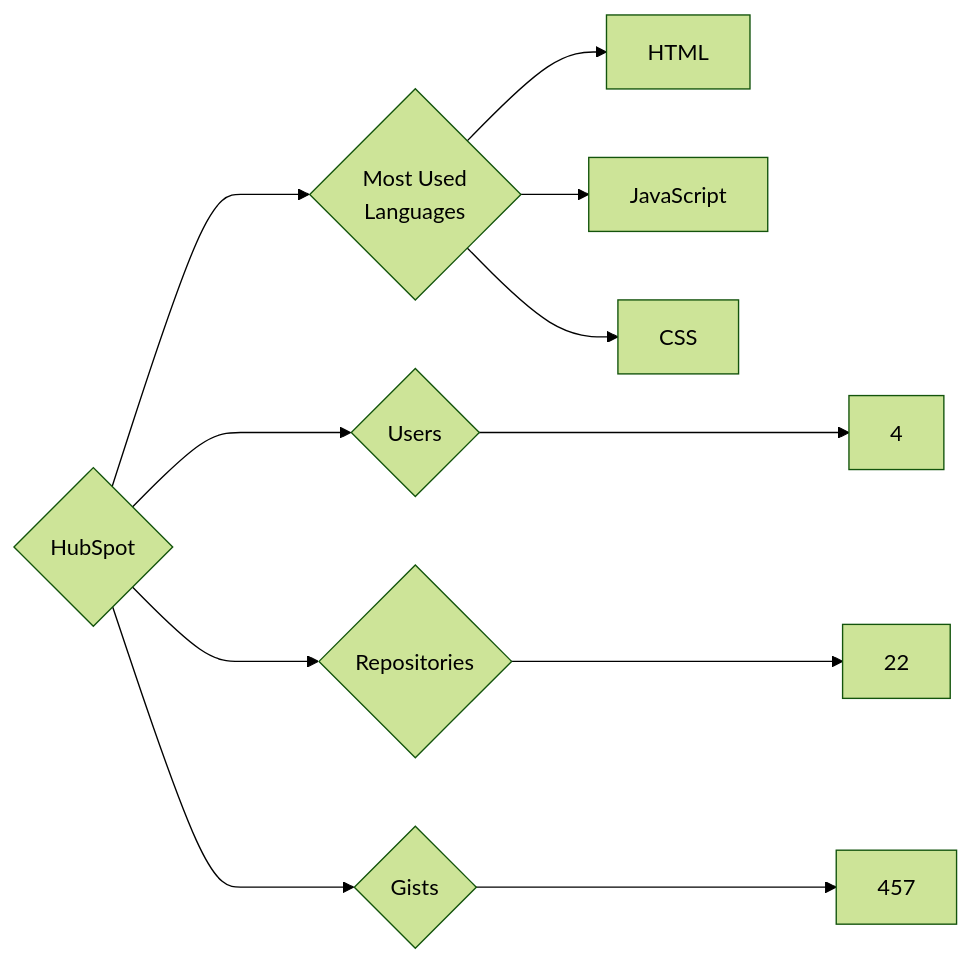
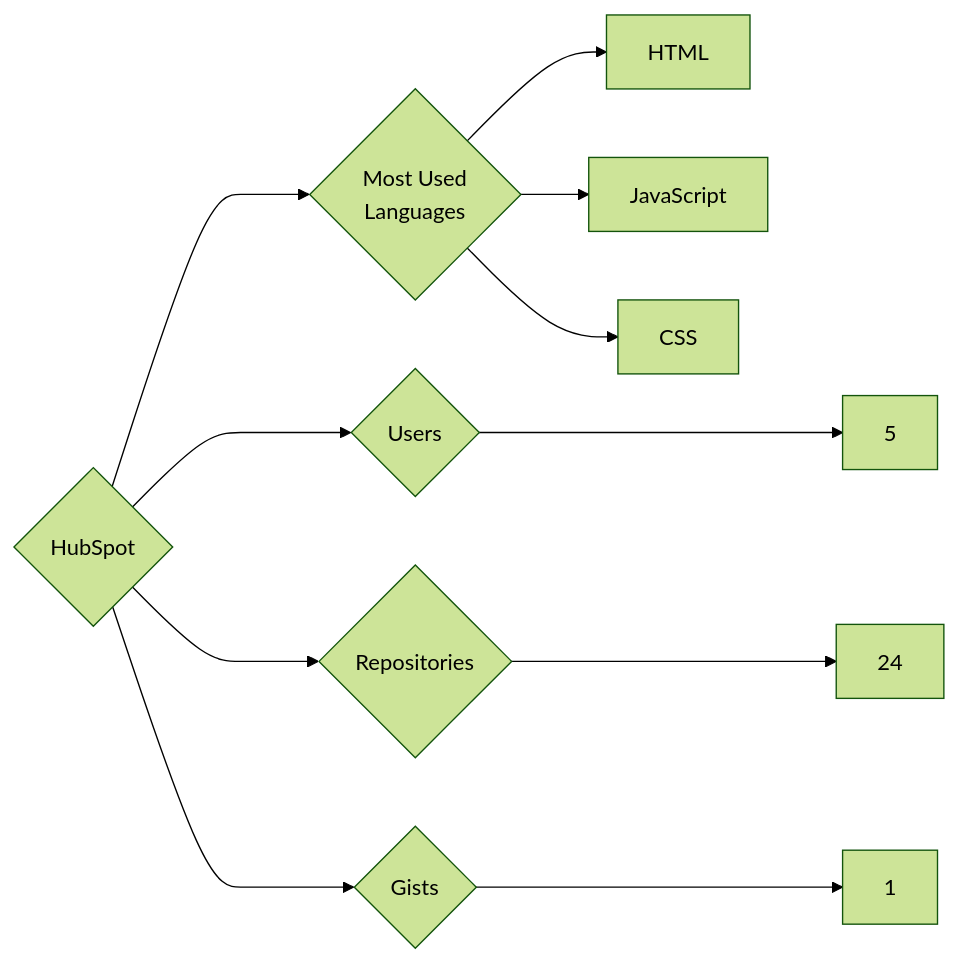
Before and after one commit to trickest/insiders: the diagram in targets/HubSpot/README.md, drawn with Mermaid (forest theme). The commit also changed 997 other files, not shown here.

````diff
--- a/targets/HubSpot/README.md
+++ b/targets/HubSpot/README.md
@@ -3,11 +3,11 @@
 ```mermaid
 graph LR
 COMPANY_NAME{HubSpot}
-COMPANY_NAME ---> U{Users} ---> UN[4]
-COMPANY_NAME ---> R{Repositories} ---> RN[22]
-COMPANY_NAME ---> G{Gists} ---> GN[457]
+COMPANY_NAME ---> U{Users} ---> UN[5]
+COMPANY_NAME ---> R{Repositories} ---> RN[24]
+COMPANY_NAME ---> G{Gists} ---> GN[1]
 COMPANY_NAME ---> ML{Most Used<br>Languages}
 ML --> HTML[HTML]
 ML --> JavaScript[JavaScript]
 ML --> CSS[CSS]
 ```
````
